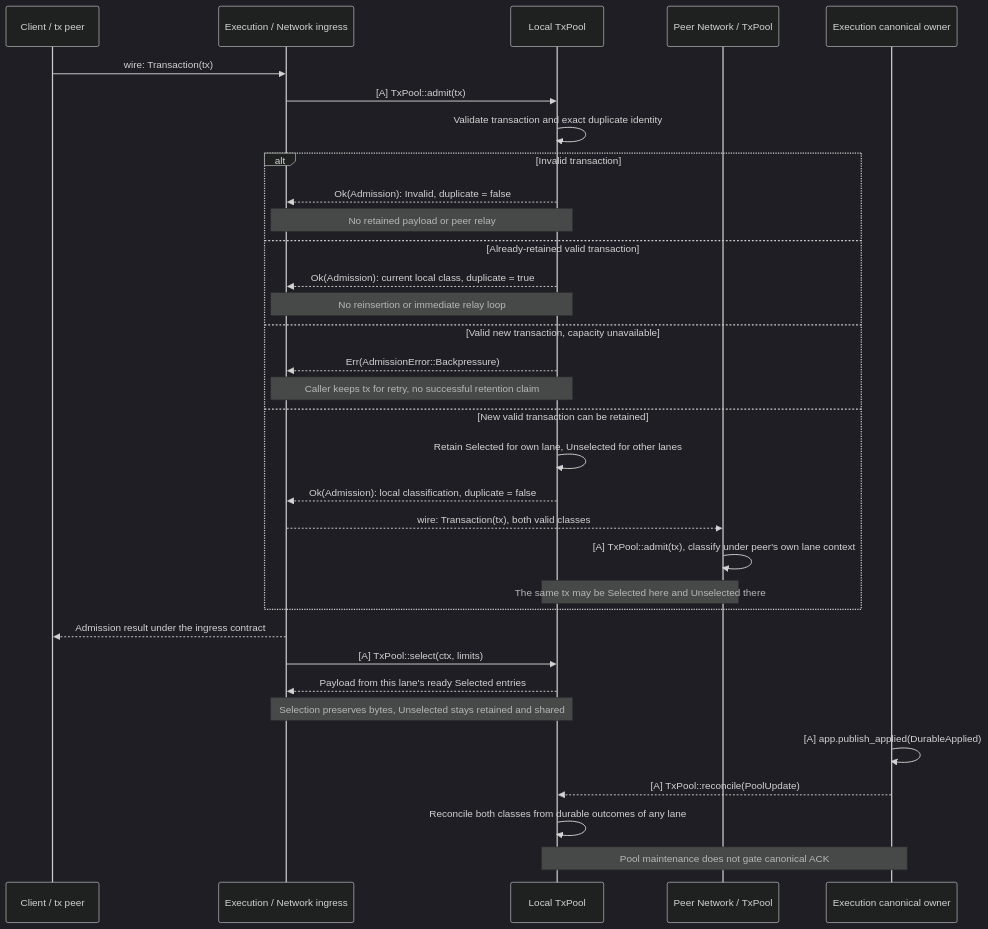
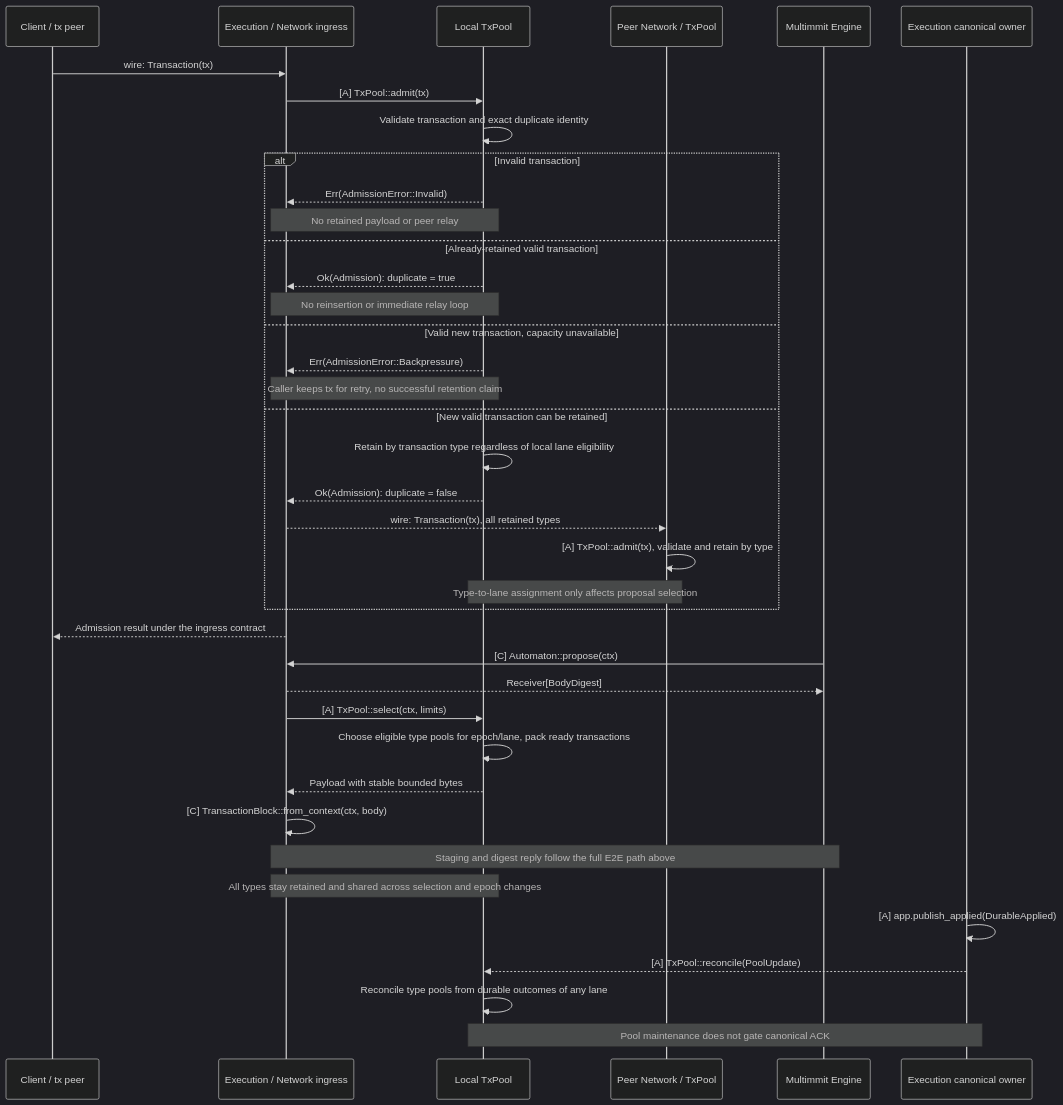
Before and after one commit to djm07073/baton: the third of 3 diagrams in docs/02-e2e/01-transaction-to-state.md, drawn with Mermaid (dark theme). The commit also changed other lines of this file and 32 other files, not shown here.

Commit message:
refactor: separate transaction admission from epoch lane selection

````diff
--- a/docs/02-e2e/01-transaction-to-state.md
+++ b/docs/02-e2e/01-transaction-to-state.md
@@ -118,35 +122,41 @@
 ```mermaid
 sequenceDiagram
     participant C as Client / tx peer
     participant A as Execution / Network ingress
     participant P as Local TxPool
     participant Q as Peer Network / TxPool
+    participant N as Multimmit Engine
     participant W as Execution canonical owner
     C->>A: wire: Transaction(tx)
     A->>P: [A] TxPool::admit(tx)
     P->>P: Validate transaction and exact duplicate identity
     alt Invalid transaction
-        P-->>A: Ok(Admission): Invalid, duplicate = false
+        P-->>A: Err(AdmissionError::Invalid)
         Note over A,P: No retained payload or peer relay
     else Already-retained valid transaction
-        P-->>A: Ok(Admission): current local class, duplicate = true
+        P-->>A: Ok(Admission): duplicate = true
         Note over A,P: No reinsertion or immediate relay loop
     else Valid new transaction, capacity unavailable
         P-->>A: Err(AdmissionError::Backpressure)
         Note over A,P: Caller keeps tx for retry, no successful retention claim
     else New valid transaction can be retained
-        P->>P: Retain Selected for own lane, Unselected for other lanes
-        P-->>A: Ok(Admission): local classification, duplicate = false
-        A-->>Q: wire: Transaction(tx), both valid classes
-        Q->>Q: [A] TxPool::admit(tx), classify under peer's own lane context
-        Note over P,Q: The same tx may be Selected here and Unselected there
+        P->>P: Retain by transaction type regardless of local lane eligibility
+        P-->>A: Ok(Admission): duplicate = false
+        A-->>Q: wire: Transaction(tx), all retained types
+        Q->>Q: [A] TxPool::admit(tx), validate and retain by type
+        Note over P,Q: Type-to-lane assignment only affects proposal selection
     end
     A-->>C: Admission result under the ingress contract
+    N->>A: [C] Automaton::propose(ctx)
+    A-->>N: Receiver[BodyDigest]
     A->>P: [A] TxPool::select(ctx, limits)
-    P-->>A: Payload from this lane's ready Selected entries
-    Note over A,P: Selection preserves bytes, Unselected stays retained and shared
+    P->>P: Choose eligible type pools for epoch/lane, pack ready transactions
+    P-->>A: Payload with stable bounded bytes
+    A->>A: [C] TransactionBlock::from_context(ctx, body)
+    Note over A,N: Staging and digest reply follow the full E2E path above
+    Note over A,P: All types stay retained and shared across selection and epoch changes
     W->>W: [A] app.publish_applied(DurableApplied)
     W-->>P: [A] TxPool::reconcile(PoolUpdate)
-    P->>P: Reconcile both classes from durable outcomes of any lane
+    P->>P: Reconcile type pools from durable outcomes of any lane
     Note over W,P: Pool maintenance does not gate canonical ACK
 ```
````
